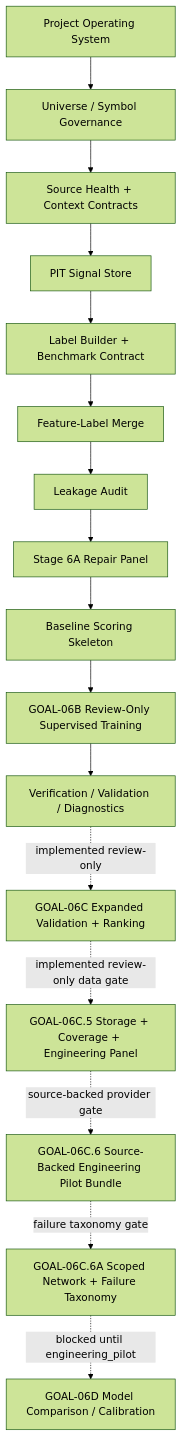
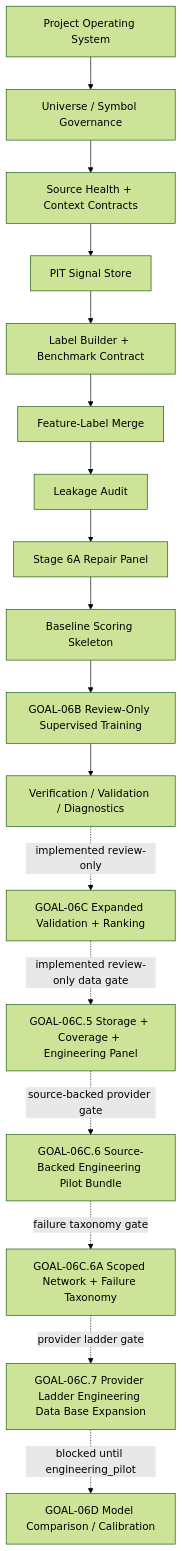
Before and after one commit to RyanLu0203/A_share_premarket_core: the diagram in docs/10_PROGRAM_ROADMAP_AND_ARCHITECTURE.md, drawn with Mermaid (forest theme). The commit also changed other lines of this file and 119 other files, not shown here.

Commit message:
Add GOAL-06C.7 provider ladder gate

````diff
--- a/docs/10_PROGRAM_ROADMAP_AND_ARCHITECTURE.md
+++ b/docs/10_PROGRAM_ROADMAP_AND_ARCHITECTURE.md
@@ -11,18 +11,19 @@
 ```mermaid
 flowchart TD
     A["Project Operating System"] --> B["Universe / Symbol Governance"]
     B --> C["Source Health + Context Contracts"]
     C --> D["PIT Signal Store"]
     D --> E["Label Builder + Benchmark Contract"]
     E --> F["Feature-Label Merge"]
     F --> G["Leakage Audit"]
     G --> H["Stage 6A Repair Panel"]
     H --> I["Baseline Scoring Skeleton"]
     I --> J["GOAL-06B Review-Only Supervised Training"]
     J --> K["Verification / Validation / Diagnostics"]
     K -. "implemented review-only" .-> L["GOAL-06C Expanded Validation + Ranking"]
     L -. "implemented review-only data gate" .-> N["GOAL-06C.5 Storage + Coverage + Engineering Panel"]
     N -. "source-backed provider gate" .-> O["GOAL-06C.6 Source-Backed Engineering Pilot Bundle"]
     O -. "failure taxonomy gate" .-> P["GOAL-06C.6A Scoped Network + Failure Taxonomy"]
-    P -. "blocked until engineering_pilot" .-> M["GOAL-06D Model Comparison / Calibration"]
+    P -. "provider ladder gate" .-> Q["GOAL-06C.7 Provider Ladder Engineering Data Base Expansion"]
+    Q -. "blocked until engineering_pilot" .-> M["GOAL-06D Model Comparison / Calibration"]
 ```
````
